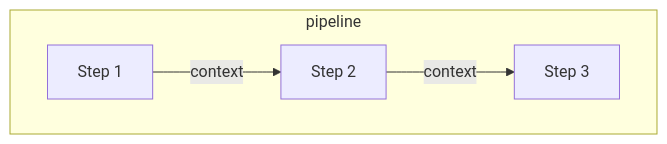
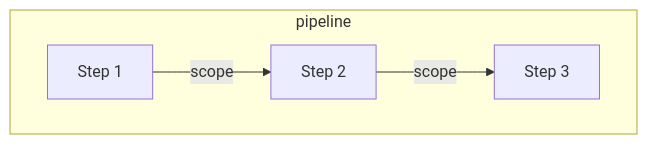
Before and after one commit to crowleyfelix/go-pipeline: the first of 3 diagrams in README.md, drawn with Mermaid. The commit also changed other lines of this file and 15 other files, not shown here.

Commit message:
refactor: change pipeline.Context to pipeline.Scope to avoid conflicts

````diff
--- a/README.md
+++ b/README.md
@@ -17,8 +17,8 @@
 ```mermaid
 flowchart LR
     subgraph pipeline 
         direction LR
-        A["Step 1"] -- context --> B
-        B["Step 2"] -- context --> C["Step 3"]
+        A["Step 1"] -- scope --> B
+        B["Step 2"] -- scope --> C["Step 3"]
     end
 ```
````
